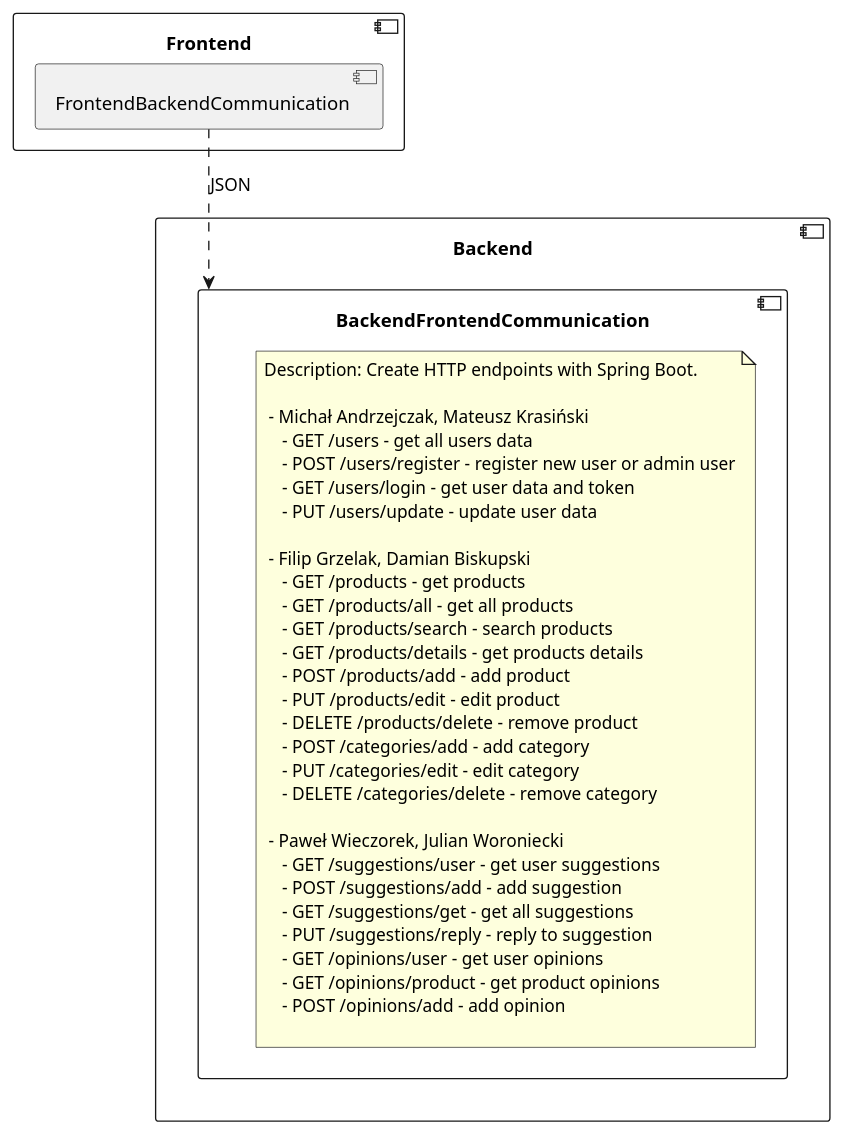
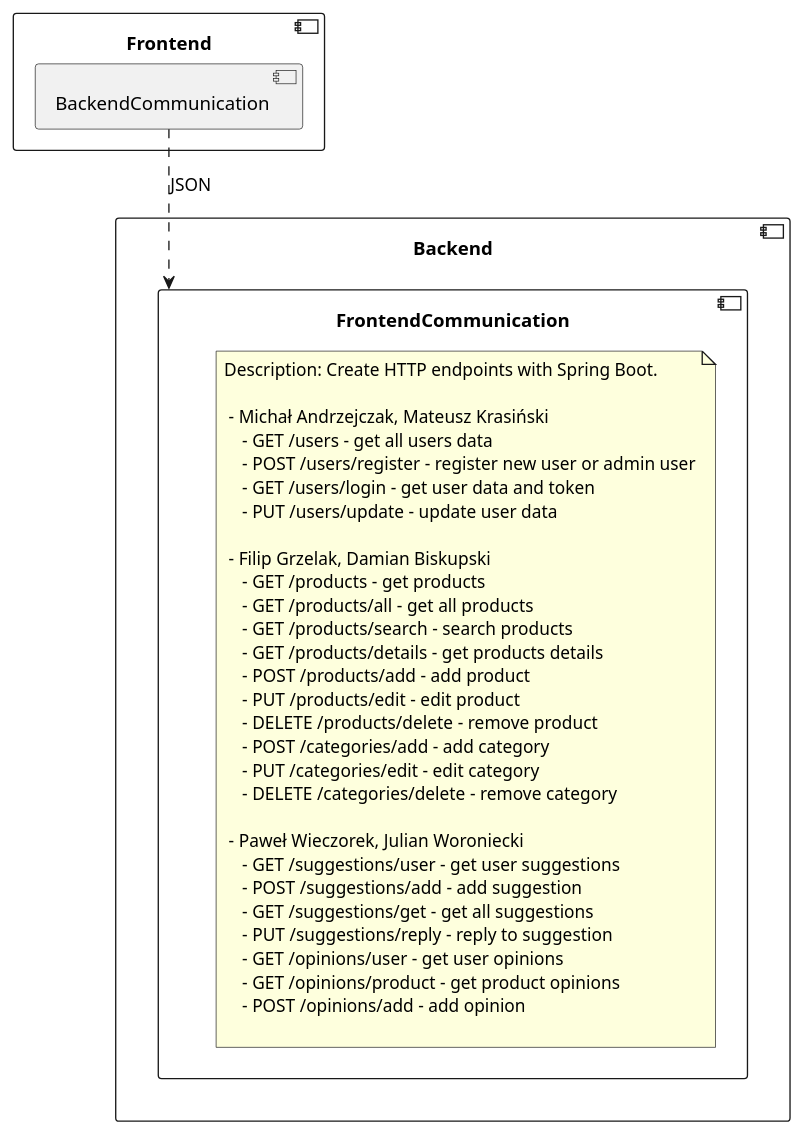
One commit to RadekBucki/OpinionCollectorArchitecture changed the diagram in backend/BackendFrontendCommunication.md. Above: the diagram before and after it, drawn with PlantUML. The commit also changed 8 other files, not shown here.

````diff
--- a/backend/BackendFrontendCommunication.md
+++ b/backend/BackendFrontendCommunication.md
@@ -3,49 +3,49 @@
 ```plantuml
 @startuml
     
 component Frontend {
     
-    component FrontendBackendCommunication {
+    component BackendCommunication {
     }
 }
 
 component Backend {
-    component BackendFrontendCommunication {
+    component FrontendCommunication {
         note as Description
             Description: Create HTTP endpoints with Spring Boot.
             
              - Michał Andrzejczak, Mateusz Krasiński
                 - GET /users - get all users data
                 - POST /users/register - register new user or admin user
                 - GET /users/login - get user data and token
                 - PUT /users/update - update user data
                 
              - Filip Grzelak, Damian Biskupski
                 - GET /products - get products
                 - GET /products/all - get all products
                 - GET /products/search - search products
                 - GET /products/details - get products details
                 - POST /products/add - add product
                 - PUT /products/edit - edit product
                 - DELETE /products/delete - remove product
                 - POST /categories/add - add category
                 - PUT /categories/edit - edit category
                 - DELETE /categories/delete - remove category
                 
              - Paweł Wieczorek, Julian Woroniecki
                 - GET /suggestions/user - get user suggestions
                 - POST /suggestions/add - add suggestion
                 - GET /suggestions/get - get all suggestions
                 - PUT /suggestions/reply - reply to suggestion
                 - GET /opinions/user - get user opinions
                 - GET /opinions/product - get product opinions
                 - POST /opinions/add - add opinion
                 
         endnote
     }
 }
 
-FrontendBackendCommunication ..> BackendFrontendCommunication: JSON
+BackendCommunication ..> FrontendCommunication: JSON
 
 @enduml 
 ```
````
